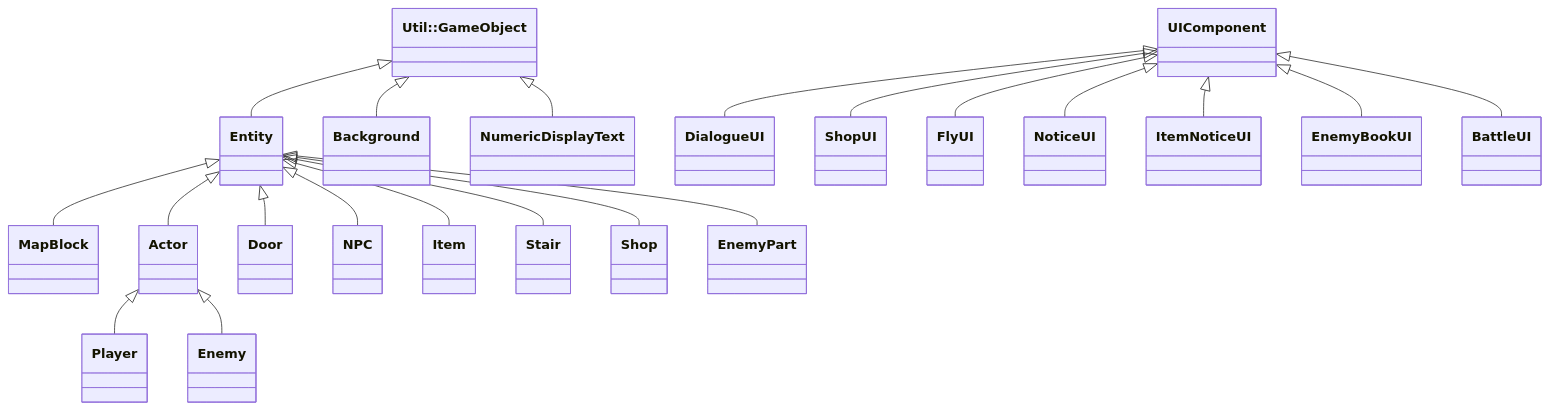
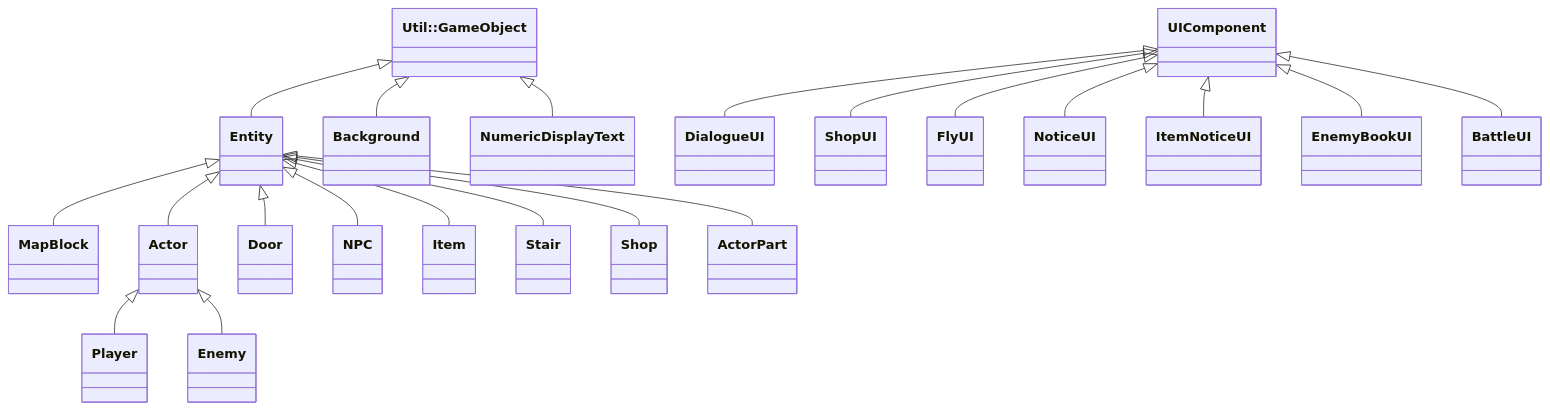
One commit to XWJWPIY/schoolwork_recreate_magic_tower changed the first of 5 diagrams in Constructure.md. Above: the diagram before and after it, drawn with Mermaid. The commit also changed other lines of this file and 6 other files, not shown here.

Commit message:
refactor: rename EnemyPart to ActorPart and update Constructure.md

````diff
--- a/Constructure.md
+++ b/Constructure.md
@@ -7,31 +7,31 @@
 ```mermaid
 classDiagram
     direction TB
     class GameObject["Util::GameObject"]
     class Entity
     class UIComponent
 
     GameObject <|-- Entity
     GameObject <|-- Background
     GameObject <|-- NumericDisplayText
     
     Entity <|-- MapBlock
     Entity <|-- Actor
     Entity <|-- Door
     Entity <|-- NPC
     Entity <|-- Item
     Entity <|-- Stair
     Entity <|-- Shop
-    Entity <|-- EnemyPart
+    Entity <|-- ActorPart
 
     Actor <|-- Player
     Actor <|-- Enemy
 
     UIComponent <|-- DialogueUI
     UIComponent <|-- ShopUI
     UIComponent <|-- FlyUI
     UIComponent <|-- NoticeUI
     UIComponent <|-- ItemNoticeUI
     UIComponent <|-- EnemyBookUI
     UIComponent <|-- BattleUI
 ```
````
